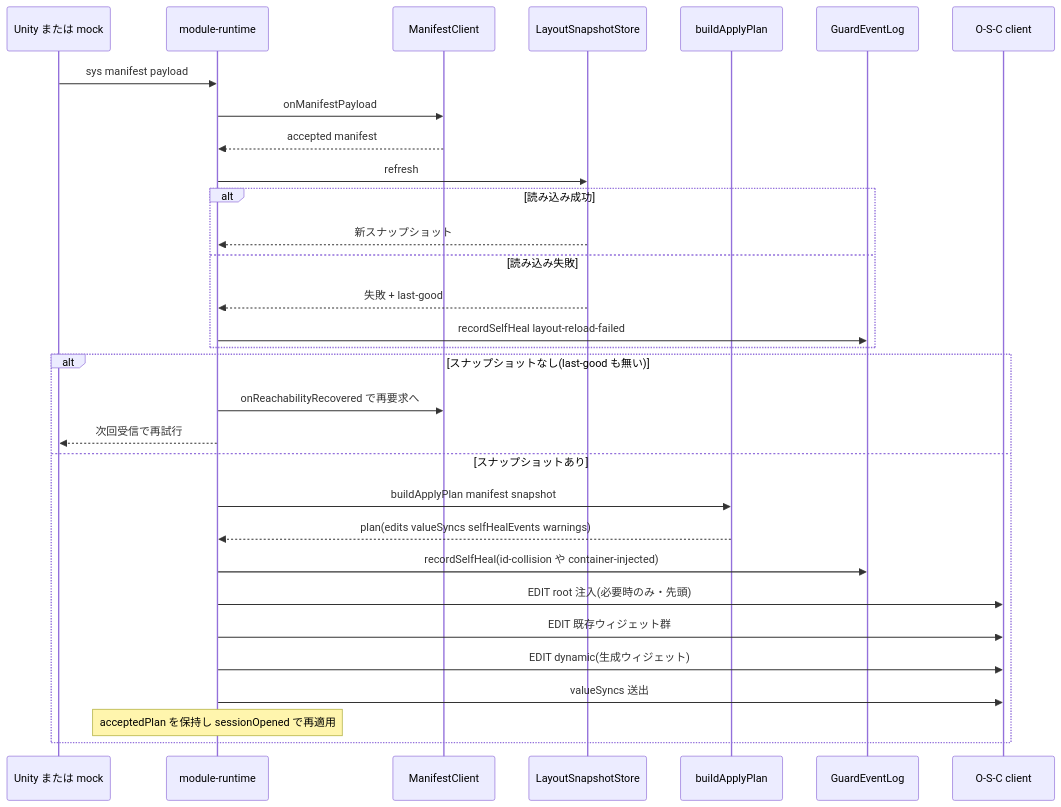
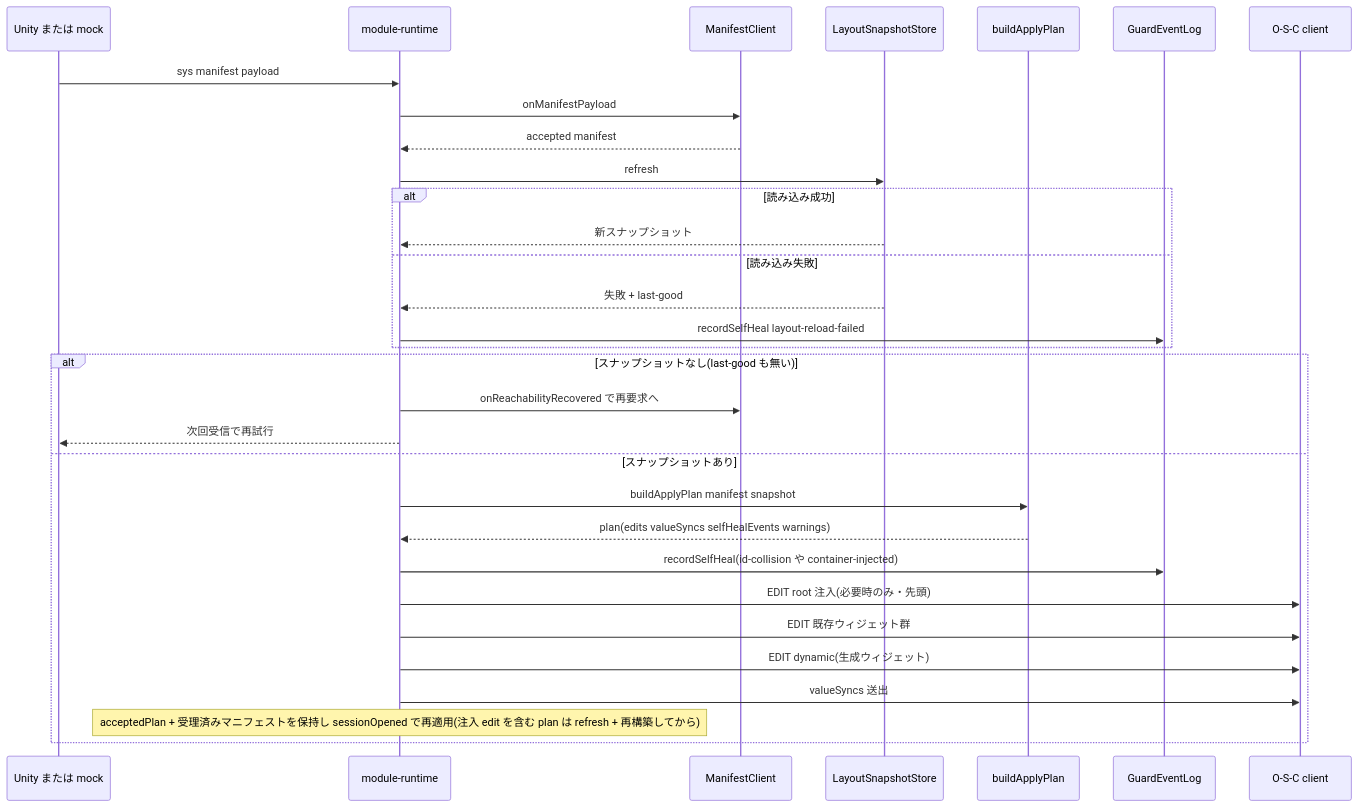
Before and after one commit to Hidano-Dev/osc-surface: the second of 2 diagrams in .kiro/specs/layout-convention-enforcement/design.md, drawn with Mermaid. The commit also changed other lines of this file, not shown here.

````diff
--- a/.kiro/specs/layout-convention-enforcement/design.md
+++ b/.kiro/specs/layout-convention-enforcement/design.md
@@ -134,34 +134,34 @@
 ```mermaid
 sequenceDiagram
     participant Unity as Unity または mock
     participant RT as module-runtime
     participant MC as ManifestClient
     participant SS as LayoutSnapshotStore
     participant AP as buildApplyPlan
     participant EL as GuardEventLog
     participant OSC as O-S-C client
 
     Unity->>RT: sys manifest payload
     RT->>MC: onManifestPayload
     MC-->>RT: accepted manifest
     RT->>SS: refresh
     alt 読み込み成功
         SS-->>RT: 新スナップショット
     else 読み込み失敗
         SS-->>RT: 失敗 + last-good
         RT->>EL: recordSelfHeal layout-reload-failed
     end
     alt スナップショットなし(last-good も無い)
         RT->>MC: onReachabilityRecovered で再要求へ
         RT-->>Unity: 次回受信で再試行
     else スナップショットあり
         RT->>AP: buildApplyPlan manifest snapshot
         AP-->>RT: plan(edits valueSyncs selfHealEvents warnings)
         RT->>EL: recordSelfHeal(id-collision や container-injected)
         RT->>OSC: EDIT root 注入(必要時のみ・先頭)
         RT->>OSC: EDIT 既存ウィジェット群
         RT->>OSC: EDIT dynamic(生成ウィジェット)
         RT->>OSC: valueSyncs 送出
-        Note over RT: acceptedPlan を保持し sessionOpened で再適用
+        Note over RT: acceptedPlan + 受理済みマニフェストを保持し sessionOpened で再適用(注入 edit を含む plan は refresh + 再構築してから)
     end
 ```
````
